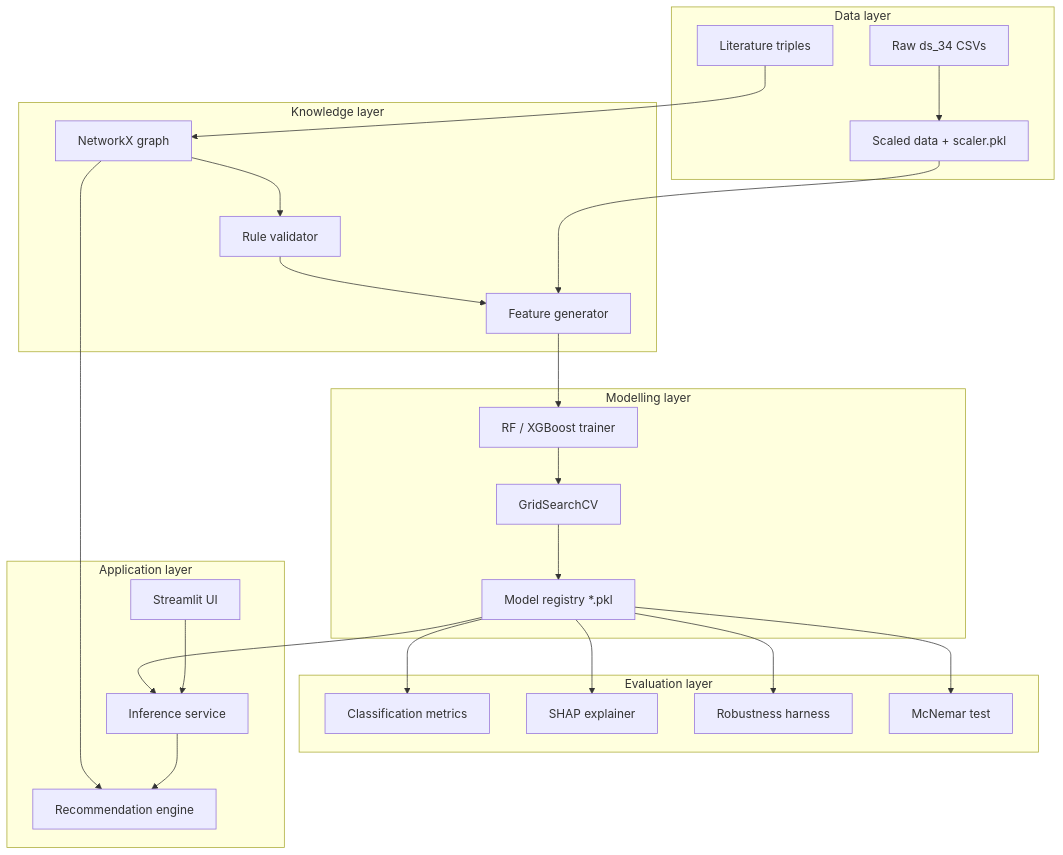
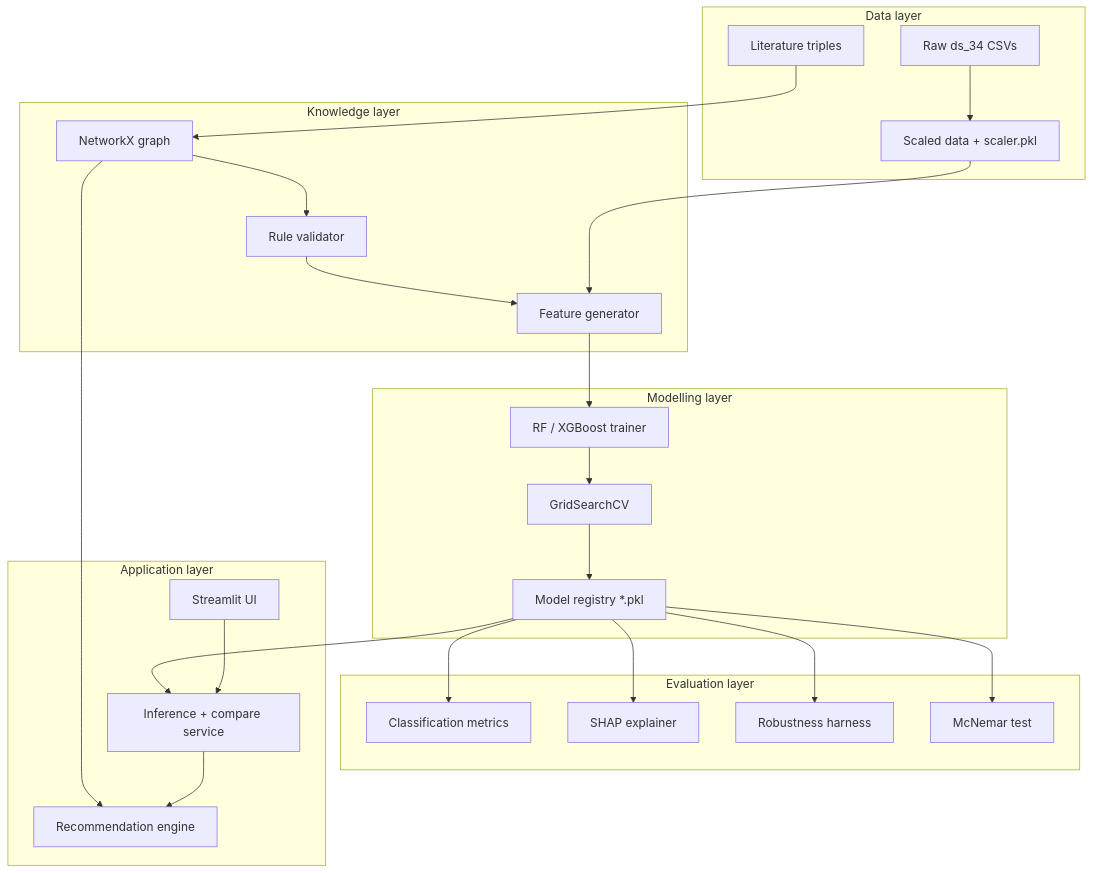
Before and after one commit to arbindgauro7654-wq/KISL-for-Post-Harvest-Banana-Ripeness-Prediction-Using-IoT: the first of 2 diagrams in docs/ARCHITECTURE.md, drawn with Mermaid. The commit also changed other lines of this file and 10 other files, not shown here.

Commit message:
Extend RipeSense: architecture page and decision compare UI

````diff
--- a/docs/ARCHITECTURE.md
+++ b/docs/ARCHITECTURE.md
@@ -9,40 +9,40 @@
 ```mermaid
 flowchart TB
     subgraph L1 [Data layer]
         D1[Raw ds_34 CSVs]
         D2[Literature triples]
         D3[Scaled data + scaler.pkl]
     end
     subgraph L2 [Knowledge layer]
         K1[NetworkX graph]
         K2[Rule validator]
         K3[Feature generator]
     end
     subgraph L3 [Modelling layer]
         M1[RF / XGBoost trainer]
         M2[GridSearchCV]
         M3[Model registry *.pkl]
     end
     subgraph L4 [Evaluation layer]
         E1[Classification metrics]
         E2[SHAP explainer]
         E3[Robustness harness]
         E4[McNemar test]
     end
     subgraph L5 [Application layer]
         A1[Streamlit UI]
-        A2[Inference service]
+        A2[Inference + compare service]
         A3[Recommendation engine]
     end
     D1 --> D3
     D2 --> K1 --> K2 --> K3
     D3 --> K3
     K3 --> M1 --> M2 --> M3
     M3 --> E1
     M3 --> E2
     M3 --> E3
     M3 --> E4
     M3 --> A2
     K1 --> A3
     A1 --> A2 --> A3
 ```
````
